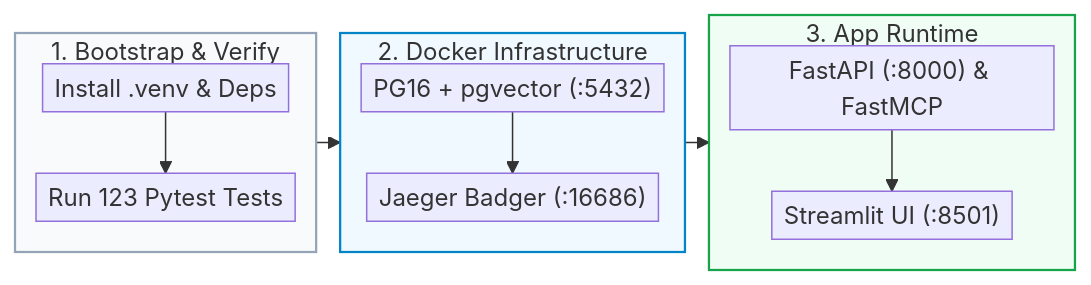
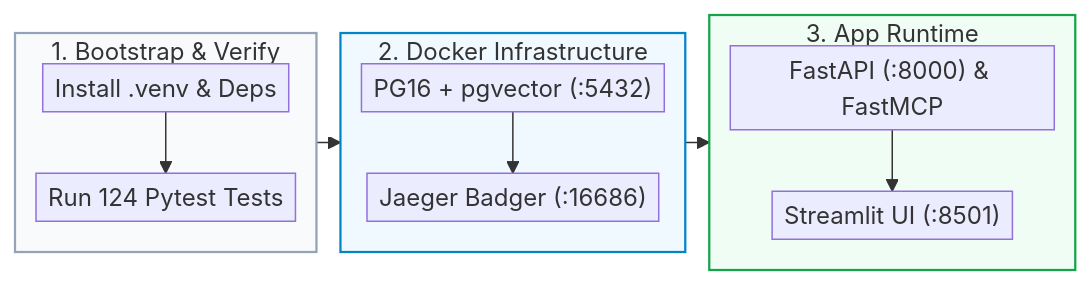
Before and after one commit to Kenono2000/enterprise-rag-pgvector-rbac: the third of 7 diagrams in README.md, drawn with Mermaid. The commit also changed other lines of this file and 3 other files, not shown here.

Commit message:
feat: Implement pgvector 0.8+ HNSW iterative scan configuration and update schema and tests

````diff
--- a/README.md
+++ b/README.md
@@ -71,20 +71,20 @@
 ```mermaid
 %%{init: {'flowchart': {'nodeSpacing': 8, 'rankSpacing': 16, 'padding': 4}}}%%
 flowchart LR
     subgraph DevBootstrap ["1. Bootstrap & Verify"]
         direction TB
-        Venv["Install .venv & Deps"] --> Pytest["Run 123 Pytest Tests"]
+        Venv["Install .venv & Deps"] --> Pytest["Run 124 Pytest Tests"]
     end
     subgraph Containers ["2. Docker Infrastructure"]
         direction TB
         PG16["PG16 + pgvector (:5432)"] --> Jaeger["Jaeger Badger (:16686)"]
     end
     subgraph Services ["3. App Runtime"]
         direction TB
         FastAPI["FastAPI (:8000) & FastMCP"] --> Streamlit["Streamlit UI (:8501)"]
     end
     DevBootstrap --> Containers --> Services
     style DevBootstrap fill:#f8fafc,stroke:#94a3b8,stroke-width:1.5px
     style Containers fill:#f0f9ff,stroke:#0284c7,stroke-width:1.5px
     style Services fill:#f0fdf4,stroke:#16a34a,stroke-width:1.5px
 ```
````
